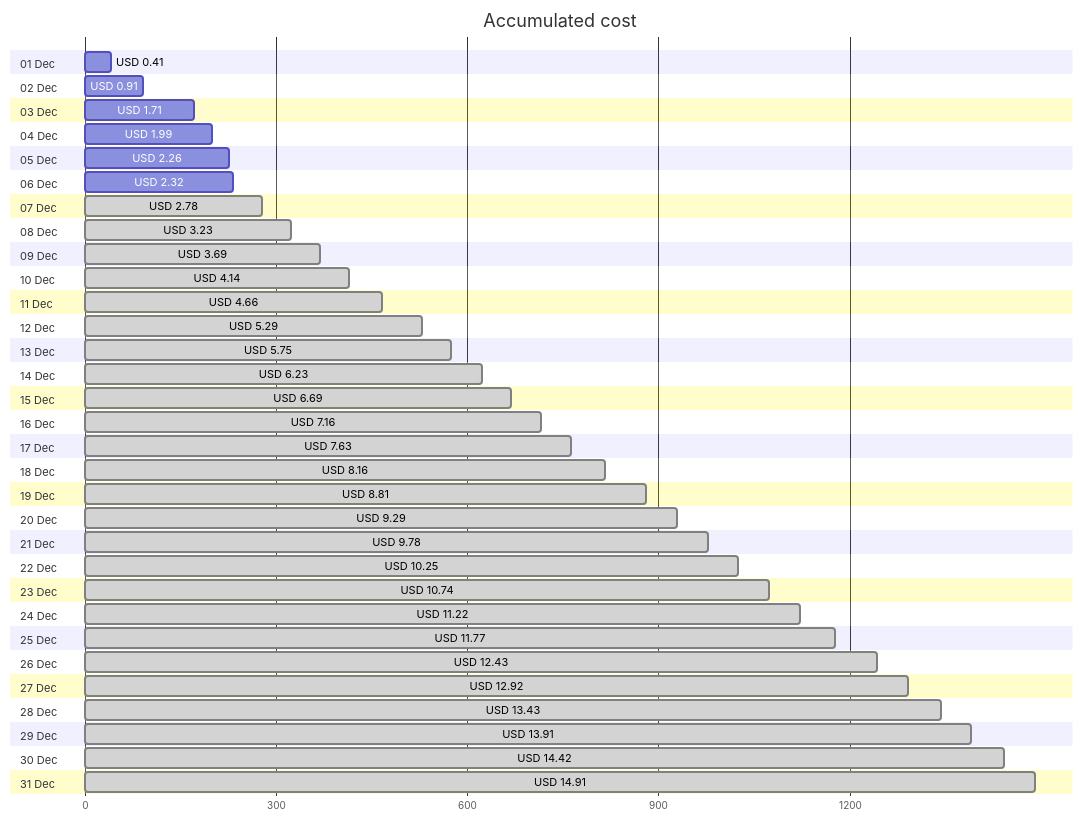
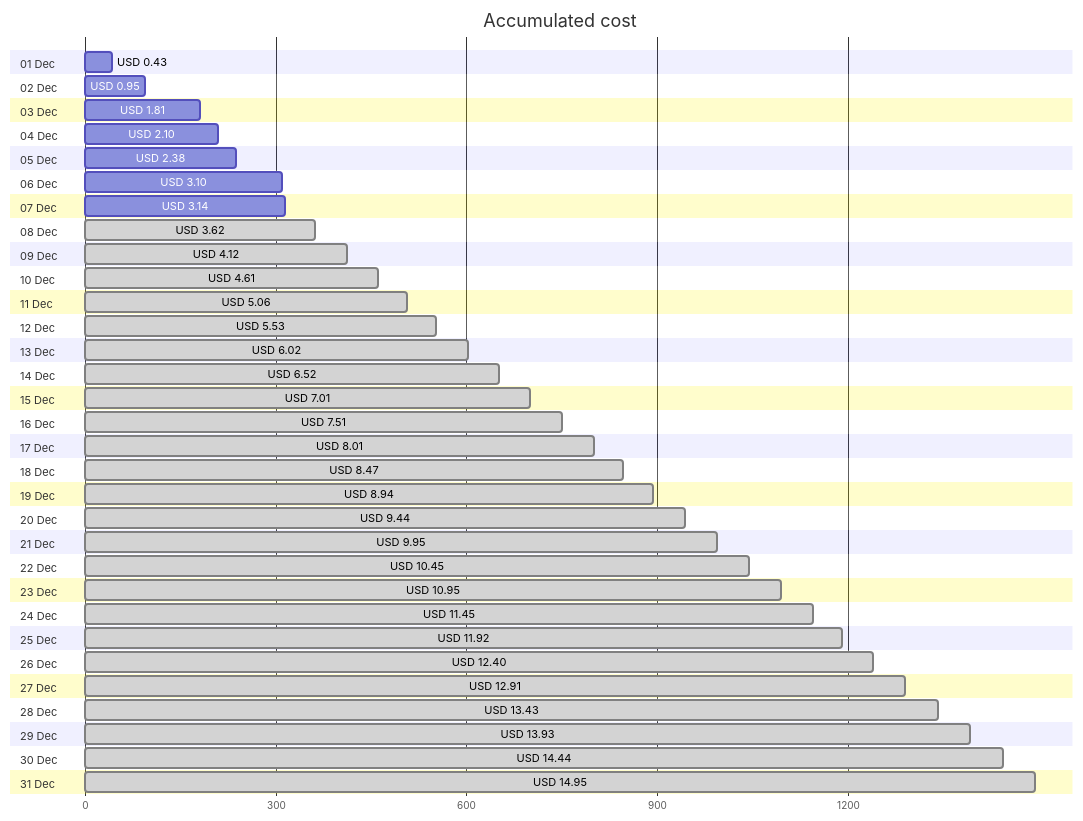
Before and after one commit to jpfulton/azure-personal-reports: the first of 4 diagrams in cost-reports/personal-network/vpn-server.md, drawn with Mermaid. The commit also changed other lines of this file and 8 other files, not shown here.

````diff
--- a/cost-reports/personal-network/vpn-server.md
+++ b/cost-reports/personal-network/vpn-server.md
@@ -20,68 +20,68 @@
 ```mermaid
 gantt
    title Accumulated cost
    dateFormat  X
    axisFormat %s
    section 01 Dec
-   USD 0.41 :0, 41
+   USD 0.43 :0, 43
    section 02 Dec
-   USD 0.91 :0, 91
+   USD 0.95 :0, 95
    section 03 Dec
-   USD 1.71 :0, 171
+   USD 1.81 :0, 181
    section 04 Dec
-   USD 1.99 :0, 199
+   USD 2.10 :0, 210
    section 05 Dec
-   USD 2.26 :0, 226
+   USD 2.38 :0, 238
    section 06 Dec
-   USD 2.32 :0, 232
+   USD 3.10 :0, 310
    section 07 Dec
-   USD 2.78 : done, 0, 278
+   USD 3.14 :0, 314
    section 08 Dec
-   USD 3.23 : done, 0, 323
+   USD 3.62 : done, 0, 362
    section 09 Dec
-   USD 3.69 : done, 0, 369
+   USD 4.12 : done, 0, 412
    section 10 Dec
-   USD 4.14 : done, 0, 414
+   USD 4.61 : done, 0, 461
    section 11 Dec
-   USD 4.66 : done, 0, 466
+   USD 5.06 : done, 0, 506
    section 12 Dec
-   USD 5.29 : done, 0, 529
+   USD 5.53 : done, 0, 553
    section 13 Dec
-   USD 5.75 : done, 0, 575
+   USD 6.02 : done, 0, 602
    section 14 Dec
-   USD 6.23 : done, 0, 623
+   USD 6.52 : done, 0, 652
    section 15 Dec
-   USD 6.69 : done, 0, 669
+   USD 7.01 : done, 0, 701
    section 16 Dec
-   USD 7.16 : done, 0, 716
+   USD 7.51 : done, 0, 751
    section 17 Dec
-   USD 7.63 : done, 0, 763
+   USD 8.01 : done, 0, 801
    section 18 Dec
-   USD 8.16 : done, 0, 816
+   USD 8.47 : done, 0, 847
    section 19 Dec
-   USD 8.81 : done, 0, 881
+   USD 8.94 : done, 0, 894
    section 20 Dec
-   USD 9.29 : done, 0, 929
+   USD 9.44 : done, 0, 944
    section 21 Dec
-   USD 9.78 : done, 0, 978
+   USD 9.95 : done, 0, 995
    section 22 Dec
-   USD 10.25 : done, 0, 1025
+   USD 10.45 : done, 0, 1045
    section 23 Dec
-   USD 10.74 : done, 0, 1074
+   USD 10.95 : done, 0, 1095
    section 24 Dec
-   USD 11.22 : done, 0, 1122
+   USD 11.45 : done, 0, 1145
    section 25 Dec
-   USD 11.77 : done, 0, 1177
+   USD 11.92 : done, 0, 1192
    section 26 Dec
-   USD 12.43 : done, 0, 1243
+   USD 12.40 : done, 0, 1240
    section 27 Dec
-   USD 12.92 : done, 0, 1292
+   USD 12.91 : done, 0, 1291
    section 28 Dec
    USD 13.43 : done, 0, 1343
    section 29 Dec
-   USD 13.91 : done, 0, 1391
+   USD 13.93 : done, 0, 1393
    section 30 Dec
-   USD 14.42 : done, 0, 1442
+   USD 14.44 : done, 0, 1444
    section 31 Dec
-   USD 14.91 : done, 0, 1491
+   USD 14.95 : done, 0, 1495
 ```
````
